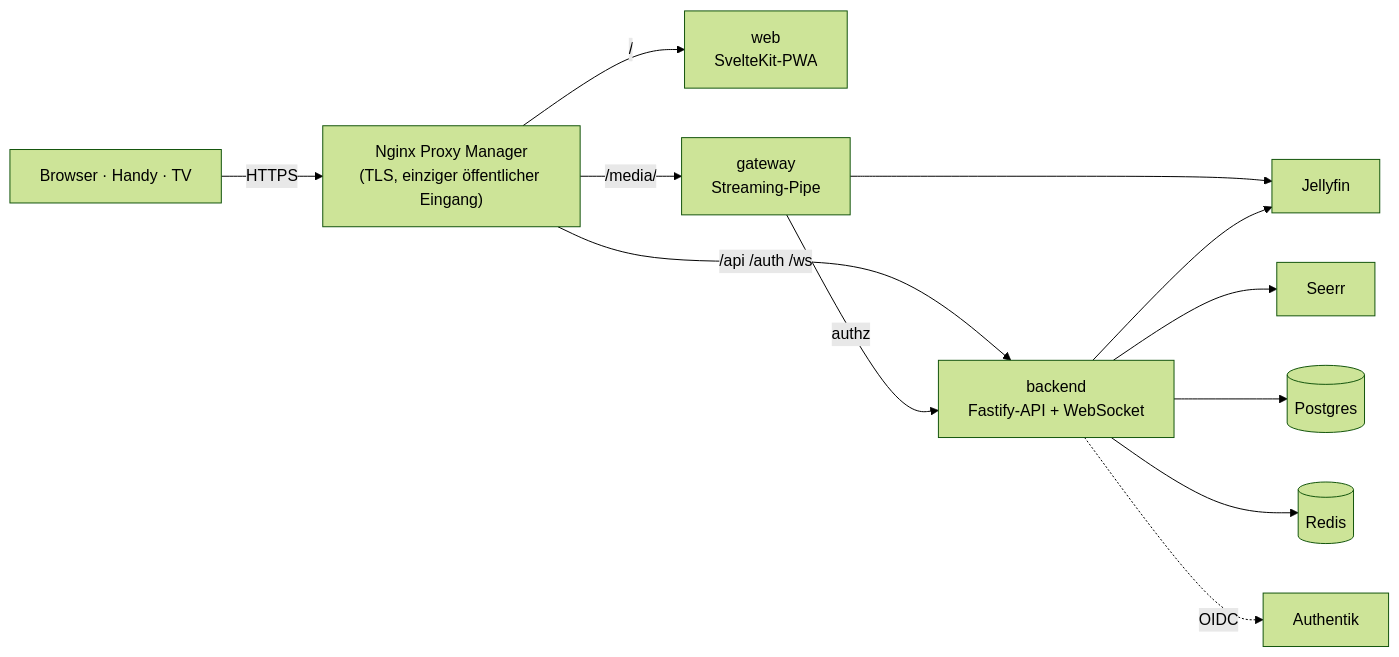
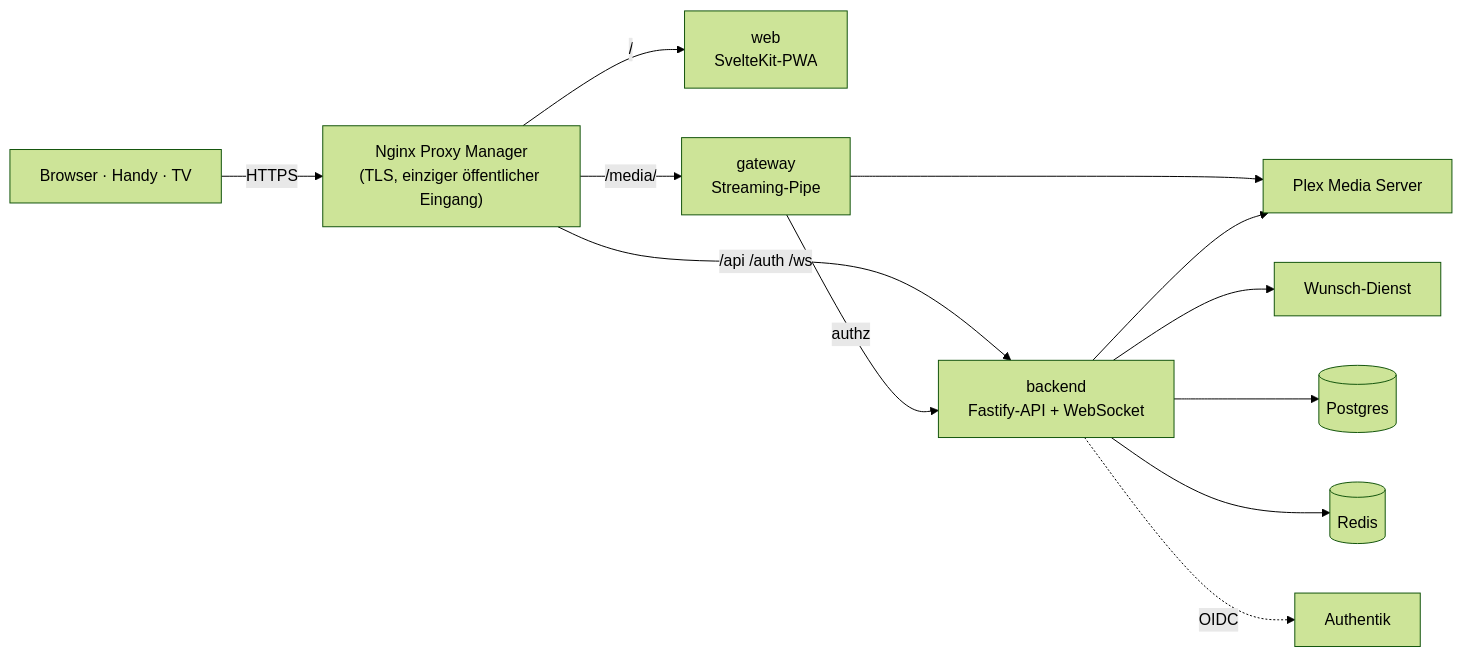
Before and after one commit to LetsManu/friendflix-plex: the diagram in README.de.md, drawn with Mermaid (forest theme). The commit also changed other lines of this file and 8 other files, not shown here.

````diff
--- a/README.de.md
+++ b/README.de.md
@@ -195,14 +230,14 @@
 ```mermaid
 flowchart LR
   user["Browser · Handy · TV"] -->|HTTPS| npm["Nginx Proxy Manager<br/>(TLS, einziger öffentlicher Eingang)"]
   npm -->|"/"| web["web<br/>SvelteKit-PWA"]
   npm -->|"/api /auth /ws"| backend["backend<br/>Fastify-API + WebSocket"]
   npm -->|"/media/"| gateway["gateway<br/>Streaming-Pipe"]
   gateway -->|"authz"| backend
-  gateway --> jellyfin["Jellyfin"]
-  backend --> jellyfin
-  backend --> seerr["Seerr"]
+  gateway --> plex["Plex Media Server"]
+  backend --> plex
+  backend --> seerr["Wunsch-Dienst"]
   backend --> postgres[("Postgres")]
   backend --> redis[("Redis")]
   backend -.->|"OIDC"| authentik["Authentik"]
 ```
````
